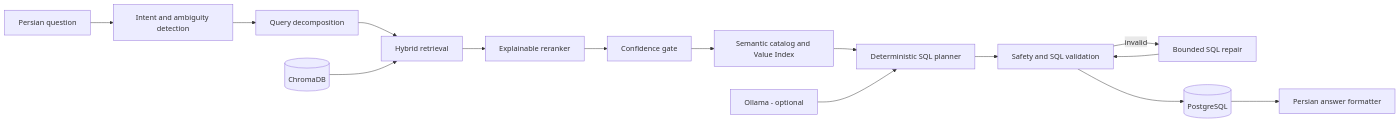
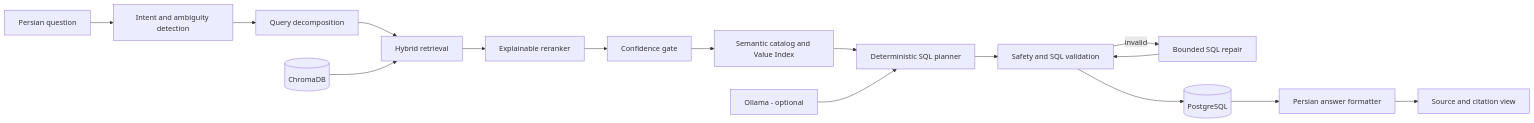
Before and after one commit to amirrhh123/persian-ai-data-analyst: the diagram in README.md, drawn with Mermaid. The commit also changed other lines of this file and 8 other files, not shown here.

Commit message:
Add source citation view

````diff
--- a/README.md
+++ b/README.md
@@ -38,17 +39,18 @@
 ```mermaid
 flowchart LR
     U["Persian question"] --> I["Intent and ambiguity detection"]
     I --> QD["Query decomposition"]
     QD --> R["Hybrid retrieval"]
     R --> RR["Explainable reranker"]
     RR --> G["Confidence gate"]
     G --> S["Semantic catalog and Value Index"]
     S --> P["Deterministic SQL planner"]
     P --> V["Safety and SQL validation"]
     V -->|"invalid"| SR["Bounded SQL repair"]
     SR --> V
     V --> DB[(PostgreSQL)]
     DB --> A["Persian answer formatter"]
+    A --> CV["Source and citation view"]
     C[(ChromaDB)] --> R
     O["Ollama - optional"] --> P
 ```
````
